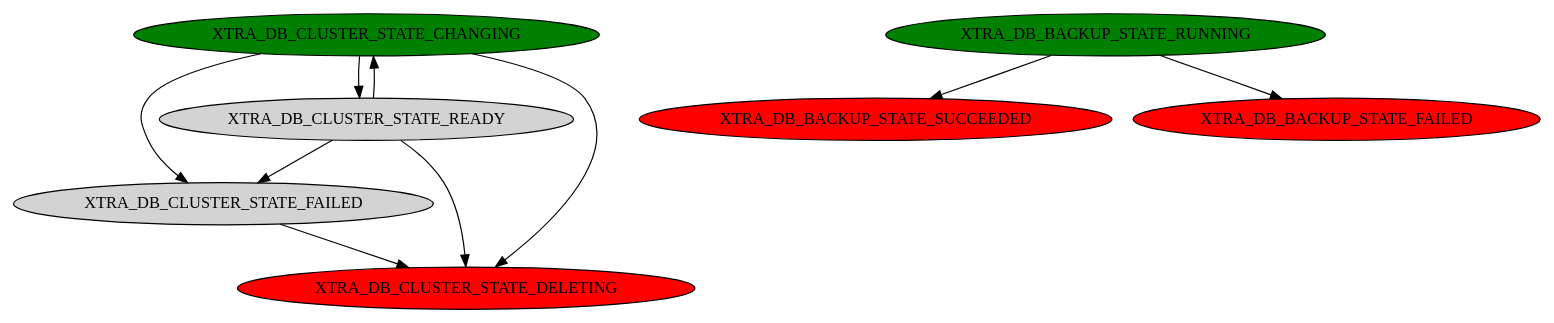
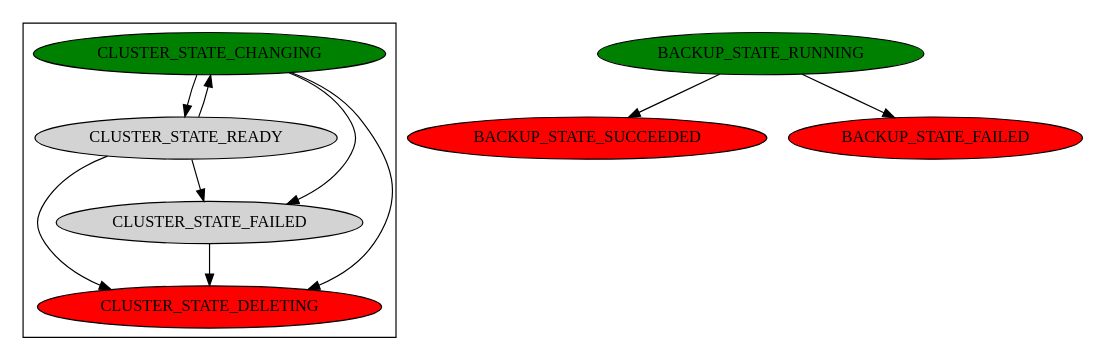
One commit to percona/dbaas-api changed the diagram in api/controller/states.dot. Above: the diagram before and after it, drawn with Graphviz.

Commit message:
PMM-6787 Update dot diagram

```diff
--- a/api/controller/states.dot
+++ b/api/controller/states.dot
@@ -1,33 +1,33 @@
 digraph  {
 
-subgraph XtraDBClusterState {
+subgraph ClusterState {
   node [style=filled];
 
-  XTRA_DB_CLUSTER_STATE_CHANGING [fillcolor=green];
-  XTRA_DB_CLUSTER_STATE_READY;
-  XTRA_DB_CLUSTER_STATE_FAILED;
-  XTRA_DB_CLUSTER_STATE_DELETING [fillcolor=red];
+  CLUSTER_STATE_CHANGING [fillcolor=green];
+  CLUSTER_STATE_READY;
+  CLUSTER_STATE_FAILED;
+  CLUSTER_STATE_DELETING [fillcolor=red];
 
-  XTRA_DB_CLUSTER_STATE_CHANGING -> XTRA_DB_CLUSTER_STATE_READY;
-  XTRA_DB_CLUSTER_STATE_READY -> XTRA_DB_CLUSTER_STATE_CHANGING;
+  CLUSTER_STATE_CHANGING -> CLUSTER_STATE_READY;
+  CLUSTER_STATE_READY -> CLUSTER_STATE_CHANGING;
 
-  XTRA_DB_CLUSTER_STATE_CHANGING -> XTRA_DB_CLUSTER_STATE_FAILED;
-  XTRA_DB_CLUSTER_STATE_READY -> XTRA_DB_CLUSTER_STATE_FAILED;
+  CLUSTER_STATE_CHANGING -> CLUSTER_STATE_FAILED;
+  CLUSTER_STATE_READY -> CLUSTER_STATE_FAILED;
 
-  XTRA_DB_CLUSTER_STATE_CHANGING -> XTRA_DB_CLUSTER_STATE_DELETING;
-  XTRA_DB_CLUSTER_STATE_READY -> XTRA_DB_CLUSTER_STATE_DELETING;
-  XTRA_DB_CLUSTER_STATE_FAILED -> XTRA_DB_CLUSTER_STATE_DELETING;
+  CLUSTER_STATE_CHANGING -> CLUSTER_STATE_DELETING;
+  CLUSTER_STATE_READY -> CLUSTER_STATE_DELETING;
+  CLUSTER_STATE_FAILED -> CLUSTER_STATE_DELETING;
 }
 
-subgraph XtraDBBackupState {
+subgraph BackupState {
   node [style=filled];
 
-  XTRA_DB_BACKUP_STATE_RUNNING [fillcolor=green];
-  XTRA_DB_BACKUP_STATE_SUCCEEDED [fillcolor=red];
-  XTRA_DB_BACKUP_STATE_FAILED [fillcolor=red];
+  BACKUP_STATE_RUNNING [fillcolor=green];
+  BACKUP_STATE_SUCCEEDED [fillcolor=red];
+  BACKUP_STATE_FAILED [fillcolor=red];
 
-  XTRA_DB_BACKUP_STATE_RUNNING -> XTRA_DB_BACKUP_STATE_SUCCEEDED;
-  XTRA_DB_BACKUP_STATE_RUNNING -> XTRA_DB_BACKUP_STATE_FAILED;
+  BACKUP_STATE_RUNNING -> BACKUP_STATE_SUCCEEDED;
+  BACKUP_STATE_RUNNING -> BACKUP_STATE_FAILED;
 }
 
 }
```
